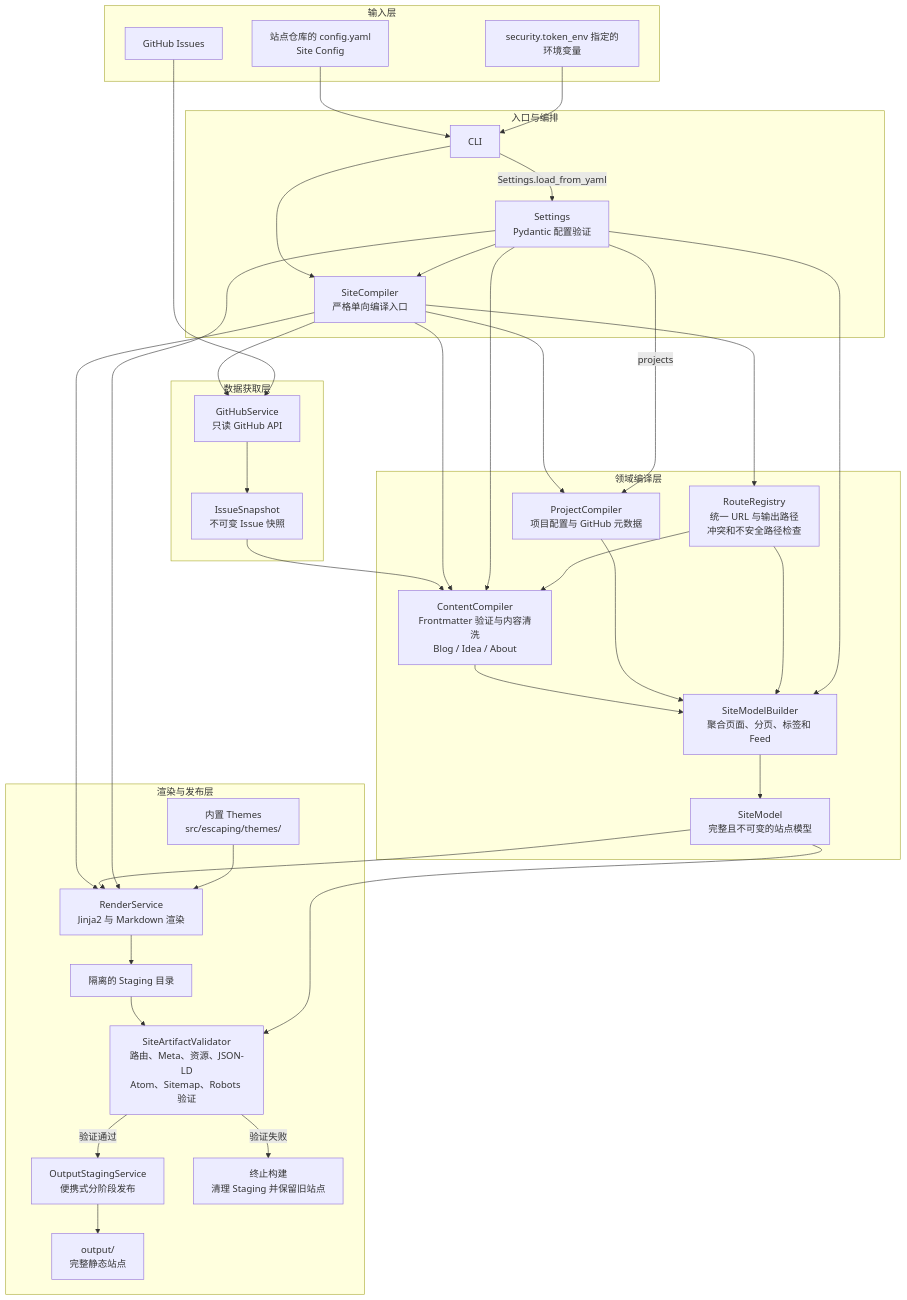
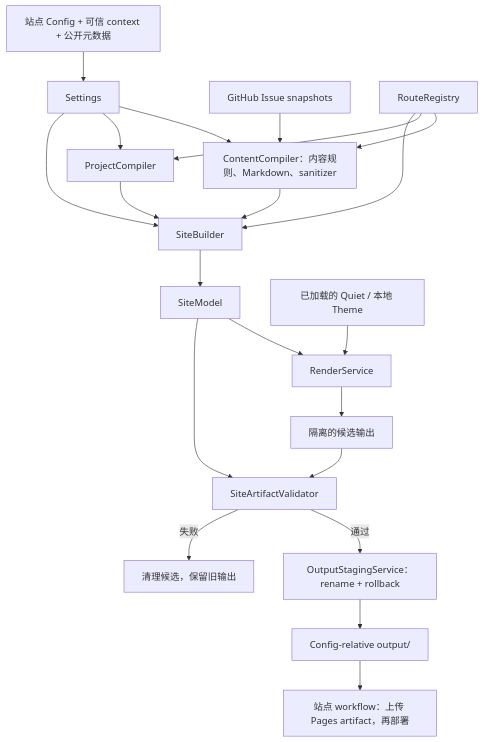
The diagram in docs/dual-repo-architecture.md (geoqiao/escaping), drawn with Mermaid before and after one commit. The commit also changed other lines of this file and 81 other files, not shown here.

First line of the commit message:
refactor!: ship only Quiet as a built-in theme

````diff
--- a/docs/dual-repo-architecture.md
+++ b/docs/dual-repo-architecture.md
@@ -25,71 +15,23 @@
 ```mermaid
 flowchart TD
-    subgraph Inputs["输入层"]
-        Config["站点仓库的 config.yaml<br/>Site Config"]
-        Token["security.token_env 指定的环境变量"]
-        Issues["GitHub Issues"]
-    end
-
-    subgraph Entry["入口与编排"]
-        CLI["CLI"]
-        Settings["Settings<br/>Pydantic 配置验证"]
-        SiteCompiler["SiteCompiler<br/>严格单向编译入口"]
-    end
-
-    subgraph Acquisition["数据获取层"]
-        GitHubService["GitHubService<br/>只读 GitHub API"]
-        Snapshots["IssueSnapshot<br/>不可变 Issue 快照"]
-    end
-
-    subgraph Compilation["领域编译层"]
-        ContentCompiler["ContentCompiler<br/>Frontmatter 验证与内容清洗<br/>Blog / Idea / About"]
-        ProjectCompiler["ProjectCompiler<br/>项目配置与 GitHub 元数据"]
-        RouteRegistry["RouteRegistry<br/>统一 URL 与输出路径<br/>冲突和不安全路径检查"]
-        SiteModelBuilder["SiteModelBuilder<br/>聚合页面、分页、标签和 Feed"]
-        SiteModel["SiteModel<br/>完整且不可变的站点模型"]
-    end
-
-    subgraph Rendering["渲染与发布层"]
-        RenderService["RenderService<br/>Jinja2 与 Markdown 渲染"]
-        Themes["内置 Themes<br/>src/escaping/themes/"]
-        Staging["隔离的 Staging 目录"]
-        Validator["SiteArtifactValidator<br/>路由、Meta、资源、JSON-LD<br/>Atom、Sitemap、Robots 验证"]
-        Publisher["OutputStagingService<br/>便携式分阶段发布"]
-        Output["output/<br/>完整静态站点"]
-        Failed["终止构建<br/>清理 Staging 并保留旧站点"]
-    end
-
-    Config --> CLI
-    CLI -->|"Settings.load_from_yaml"| Settings
-    Token --> CLI
-    CLI --> SiteCompiler
-    Settings --> SiteCompiler
-
-    SiteCompiler --> GitHubService
-    Issues --> GitHubService
-    GitHubService --> Snapshots
-    Snapshots --> ContentCompiler
-
-    SiteCompiler --> ContentCompiler
-    Settings --> ContentCompiler
-    SiteCompiler --> ProjectCompiler
-    Settings -->|"projects"| ProjectCompiler
-    SiteCompiler --> RouteRegistry
+    Inputs["站点 Config + 可信 context + 公开元数据"] --> Settings
+    Issues["GitHub Issue snapshots"] --> ContentCompiler
+    Settings --> ContentCompiler["ContentCompiler：内容规则、Markdown、sanitizer"]
+    Settings --> ProjectCompiler
     RouteRegistry --> ContentCompiler
-    ContentCompiler --> SiteModelBuilder
-    ProjectCompiler --> SiteModelBuilder
-    RouteRegistry --> SiteModelBuilder
-    Settings --> SiteModelBuilder
-    SiteModelBuilder --> SiteModel
-
-    SiteCompiler --> RenderService
+    RouteRegistry --> ProjectCompiler
+    RouteRegistry --> SiteBuilder
+    Settings --> SiteBuilder
+    ContentCompiler --> SiteBuilder
+    ProjectCompiler --> SiteBuilder
+    SiteBuilder --> SiteModel
     SiteModel --> RenderService
-    Settings --> RenderService
-    Themes --> RenderService
-    RenderService --> Staging
-    Staging --> Validator
+    ThemeLoader["已加载的 Quiet / 本地 Theme"] --> RenderService
+    RenderService --> Staging["隔离的候选输出"]
+    Staging --> Validator["SiteArtifactValidator"]
     SiteModel --> Validator
-    Validator -->|"验证通过"| Publisher
-    Validator -->|"验证失败"| Failed
-    Publisher --> Output
+    Validator -->|通过| Publication["OutputStagingService：rename + rollback"]
+    Validator -->|失败| Stop["清理候选，保留旧输出"]
+    Publication --> Output["Config-relative output/"]
+    Output --> Orchestrator["站点 workflow：上传 Pages artifact，再部署"]
 ```
````
